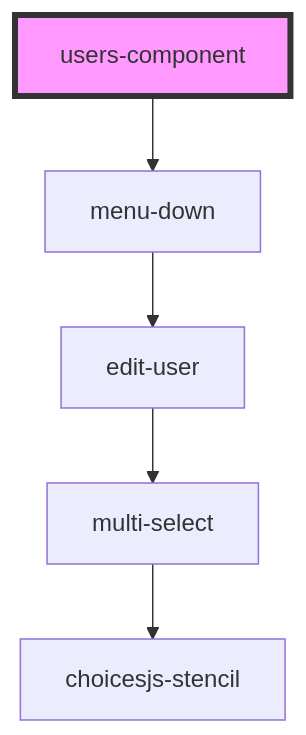
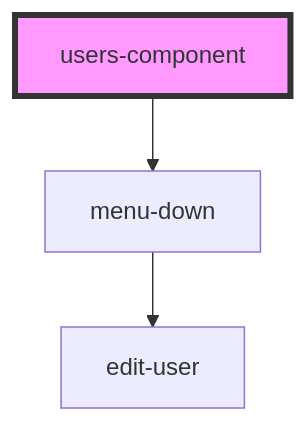
One commit to techvariable/NeptuneConnectComponents changed the diagram in src/components/users-component/readme.md. Above: the diagram before and after it, drawn with Mermaid. The commit also changed 12 other files, not shown here.

Commit message:
updated edit user component for adding multiple roles multi select

````diff
--- a/src/components/users-component/readme.md
+++ b/src/components/users-component/readme.md
@@ -22,8 +22,6 @@
 ```mermaid
 graph TD;
   users-component --> menu-down
   menu-down --> edit-user
-  edit-user --> multi-select
-  multi-select --> choicesjs-stencil
   style users-component fill:#f9f,stroke:#333,stroke-width:4px
 ```
````
